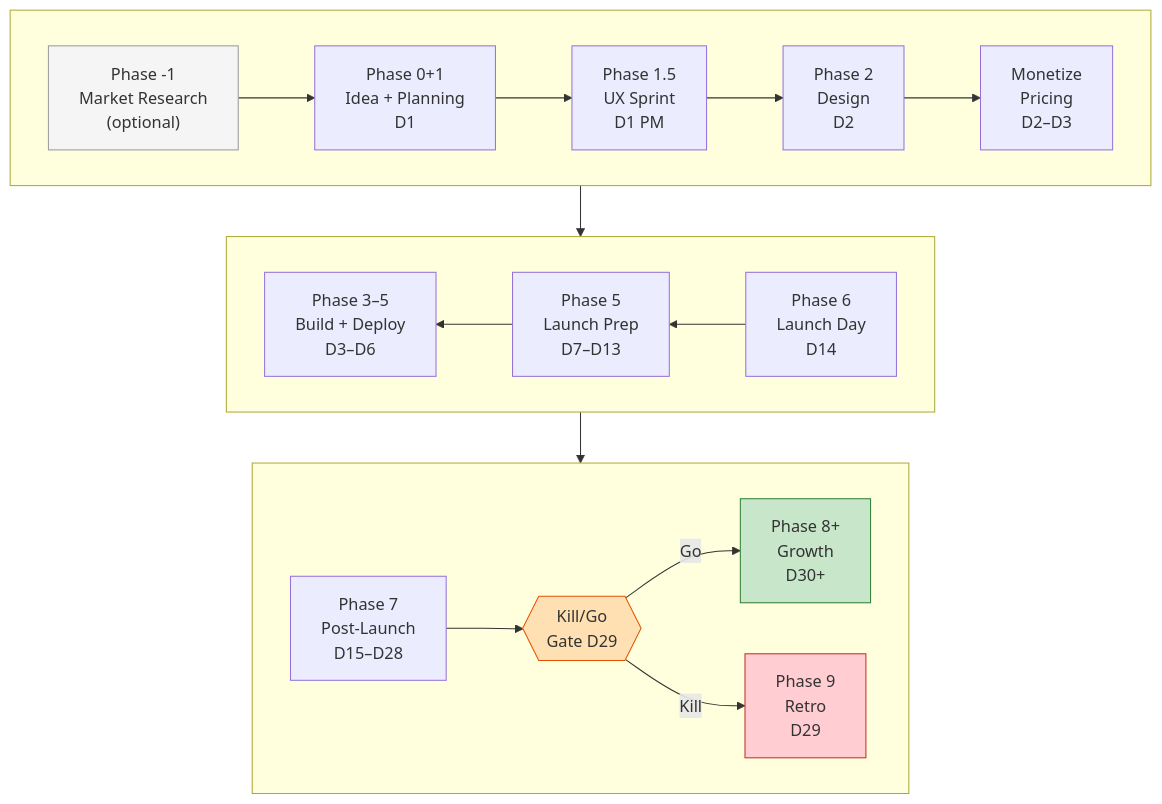
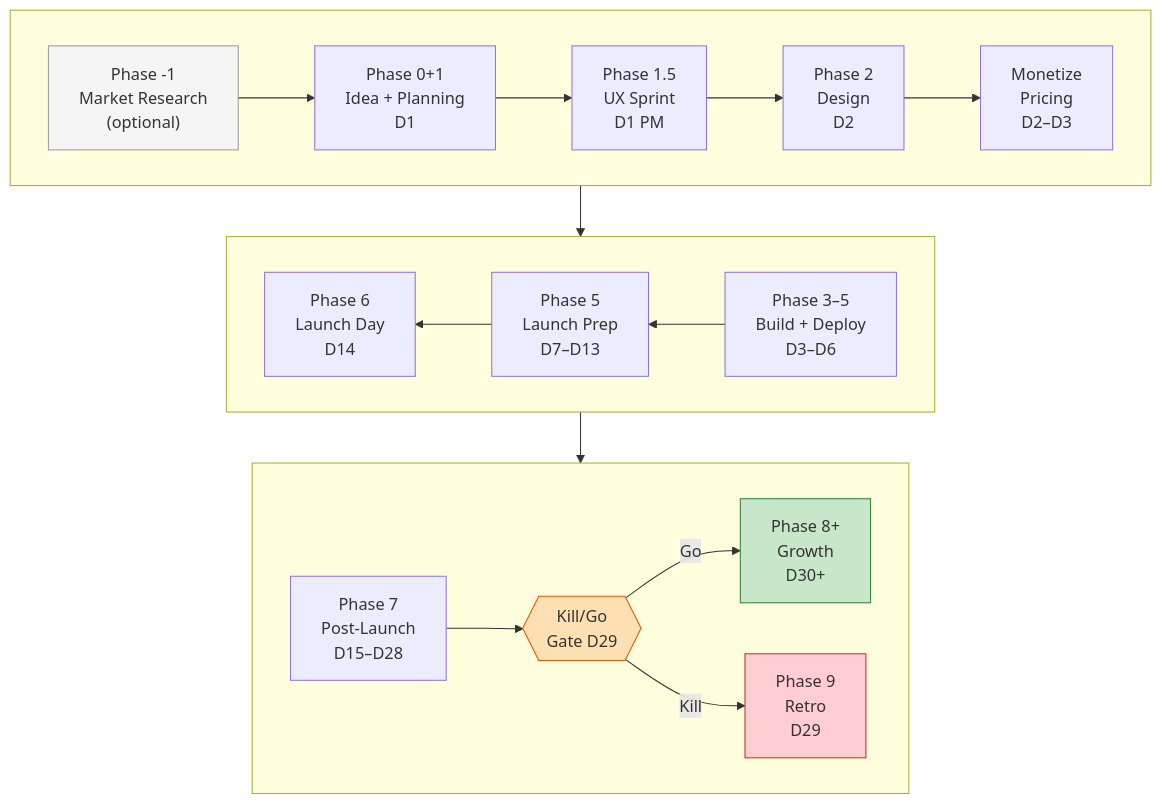
Before and after one commit to JayKim88/indie-maker: the first of 5 diagrams in README.md, drawn with Mermaid. The commit also changed other lines of this file and 3 other files, not shown here.

````diff
--- a/README.md
+++ b/README.md
@@ -20,25 +20,25 @@
 ```mermaid
 flowchart TD
     subgraph row1[" "]
         direction LR
         A["Phase -1<br/>Market Research<br/>(optional)"] --> B["Phase 0+1<br/>Idea + Planning<br/>D1"] --> C["Phase 1.5<br/>UX Sprint<br/>D1 PM"] --> D["Phase 2<br/>Design<br/>D2"] --> E["Monetize<br/>Pricing<br/>D2–D3"]
     end
     subgraph row2[" "]
         direction RL
-        H["Phase 6<br/>Launch Day<br/>D14"] --> G["Phase 5<br/>Launch Prep<br/>D7–D13"] --> F["Phase 3–5<br/>Build + Deploy<br/>D3–D6"]
+        F["Phase 3–5<br/>Build + Deploy<br/>D3–D6"] --> G["Phase 5<br/>Launch Prep<br/>D7–D13"] --> H["Phase 6<br/>Launch Day<br/>D14"]
     end
     subgraph row3[" "]
         direction LR
         I["Phase 7<br/>Post-Launch<br/>D15–D28"] --> J{{"Kill/Go<br/>Gate D29"}}
         J -->|Go| K["Phase 8+<br/>Growth<br/>D30+"]
         J -->|Kill| L["Phase 9<br/>Retro<br/>D29"]
     end
 
-    E --> H
-    F --> I
+    E --> F
+    H --> I
 
     style A fill:#f5f5f5,stroke:#999
     style J fill:#ffe0b2,stroke:#e65100
     style K fill:#c8e6c9,stroke:#2e7d32
     style L fill:#ffcdd2,stroke:#c62828
 ```
````
